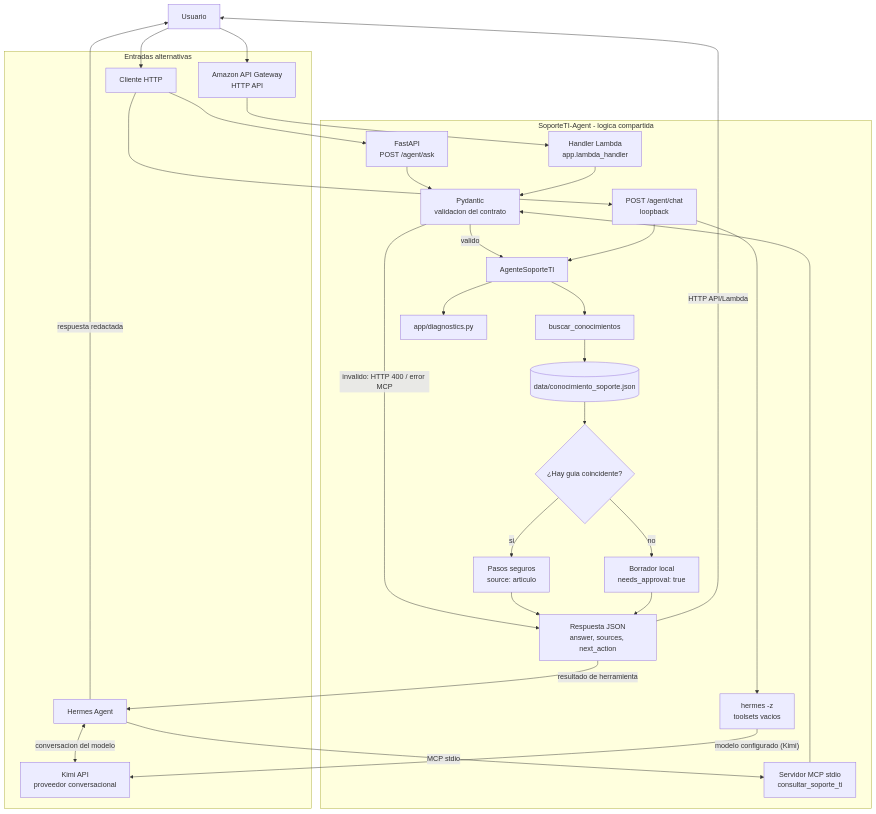
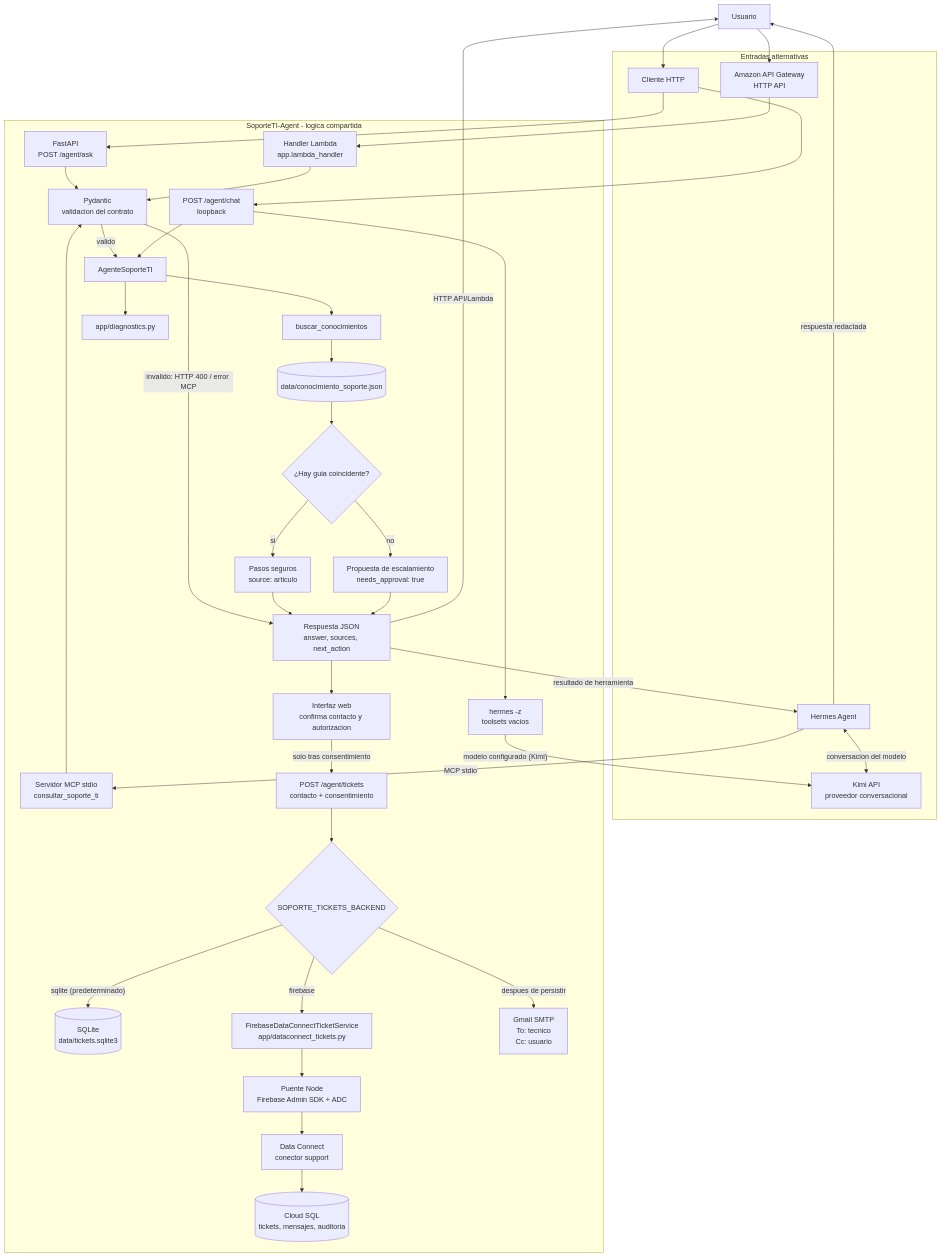
One commit to Edinson99/SoporteTI-Agent changed the diagram in docs/arquitectura.md. Above: the diagram before and after it, drawn with Mermaid. The commit also changed other lines of this file, not shown here.

````diff
--- a/docs/arquitectura.md
+++ b/docs/arquitectura.md
@@ -24,53 +31,71 @@
 ```mermaid
 flowchart TB
     U[Usuario]
     subgraph Entrada["Entradas alternativas"]
         HTTP["Cliente HTTP"]
         GATEWAY["Amazon API Gateway<br/>HTTP API"]
         HERMES["Hermes Agent"]
         KIMI["Kimi API<br/>proveedor conversacional"]
     end
     subgraph Servicio["SoporteTI-Agent - logica compartida"]
         API["FastAPI<br/>POST /agent/ask"]
         CHAT["POST /agent/chat<br/>loopback"]
         BRIDGE["hermes -z<br/>toolsets vacios"]
         LAMBDA["Handler Lambda<br/>app.lambda_handler"]
         MCP["Servidor MCP stdio<br/>consultar_soporte_ti"]
         VALID["Pydantic<br/>validacion del contrato"]
         AGENT["AgenteSoporteTI"]
         SEARCH["buscar_conocimientos"]
         DIAG["app/diagnostics.py"]
         DECISION{"¿Hay guia coincidente?"}
         KB[("data/conocimiento_soporte.json")]
         ANSWER["Pasos seguros<br/>source: articulo"]
-        DRAFT["Borrador local<br/>needs_approval: true"]
+        DRAFT["Propuesta de escalamiento<br/>needs_approval: true"]
         RESP["Respuesta JSON<br/>answer, sources, next_action"]
+        TICKET_API["POST /agent/tickets<br/>contacto + consentimiento"]
+        TICKET_SVC{"SOPORTE_TICKETS_BACKEND"}
+        SQLITE[("SQLite<br/>data/tickets.sqlite3")]
+        PY_FDC["FirebaseDataConnectTicketService<br/>app/dataconnect_tickets.py"]
+        NODE_BRIDGE["Puente Node<br/>Firebase Admin SDK + ADC"]
+        CONNECTOR["Data Connect<br/>conector support"]
+        CLOUDSQL[("Cloud SQL<br/>tickets, mensajes, auditoria")]
+        SMTP["Gmail SMTP<br/>To: tecnico<br/>Cc: usuario"]
+        UI["Interfaz web<br/>confirma contacto y autorizacion"]
     end
 
     U --> HTTP
     U --> GATEWAY
     HTTP --> API
     HTTP --> CHAT
     GATEWAY --> LAMBDA
     HERMES <-->|"conversacion del modelo"| KIMI
     HERMES -->|"MCP stdio"| MCP
     API --> VALID
     LAMBDA --> VALID
     MCP --> VALID
     VALID -->|"invalido: HTTP 400 / error MCP"| RESP
     VALID -->|"valido"| AGENT
     AGENT --> SEARCH
     AGENT --> DIAG
     CHAT --> AGENT
     CHAT --> BRIDGE
     BRIDGE -->|"modelo configurado (Kimi)"| KIMI
     SEARCH --> KB
     KB --> DECISION
     DECISION -->|"si"| ANSWER
     DECISION -->|"no"| DRAFT
     ANSWER --> RESP
     DRAFT --> RESP
+    RESP --> UI
+    UI -->|"solo tras consentimiento"| TICKET_API
+    TICKET_API --> TICKET_SVC
+    TICKET_SVC -->|"sqlite (predeterminado)"| SQLITE
+    TICKET_SVC -->|"firebase"| PY_FDC
+    PY_FDC --> NODE_BRIDGE
+    NODE_BRIDGE --> CONNECTOR
+    CONNECTOR --> CLOUDSQL
+    TICKET_SVC -->|"despues de persistir"| SMTP
     RESP -->|"HTTP API/Lambda"| U
     RESP -->|"resultado de herramienta"| HERMES
     HERMES -->|"respuesta redactada"| U
 ```
````
